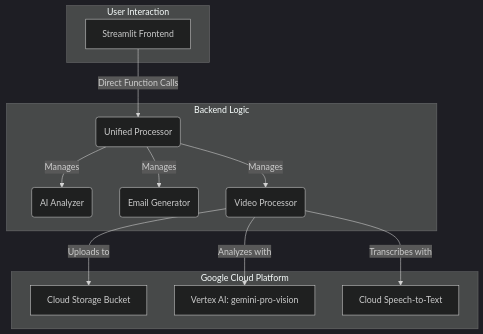
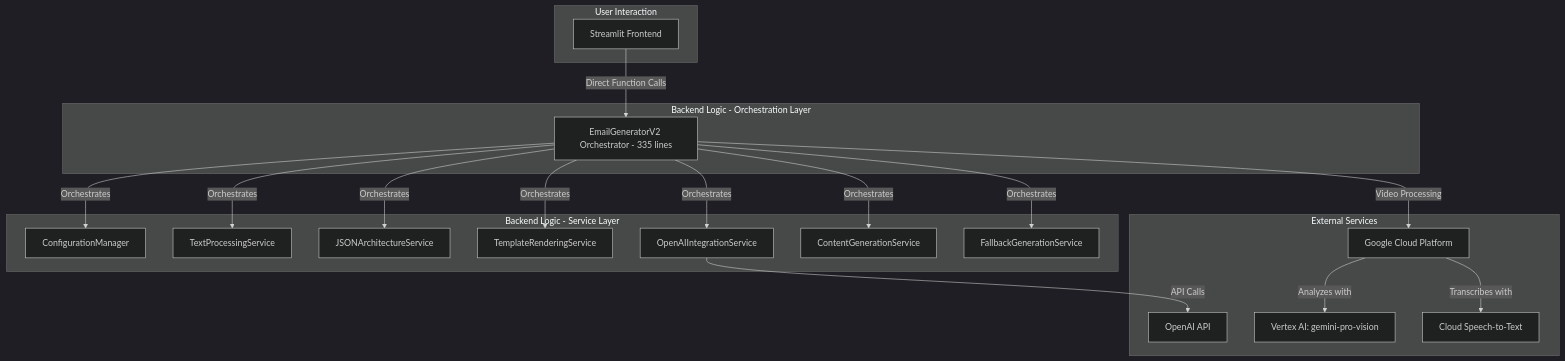
Before and after one commit to wisdom1456/Finding_Email: the diagram in memory-bank/systemPatterns.md, drawn with Mermaid (dark theme). The commit also changed other lines of this file and 38 other files, not shown here.

First line of the commit message:
Add normalization analysis and testing framework for email generation system

````diff
--- a/memory-bank/systemPatterns.md
+++ b/memory-bank/systemPatterns.md
@@ -11,27 +11,40 @@
 ```mermaid
 graph TD
     subgraph "User Interaction"
         A[Streamlit Frontend]
     end
 
-    subgraph "Backend Logic"
-        B(Unified Processor)
-        C(AI Analyzer)
-        D(Email Generator)
-        E(Video Processor)
+    subgraph "Backend Logic - Orchestration Layer"
+        B[EmailGeneratorV2 Orchestrator - 335 lines]
     end
 
-    subgraph "Google Cloud Platform"
-        F[Cloud Storage Bucket]
-        G[Vertex AI: gemini-pro-vision]
-        H[Cloud Speech-to-Text]
+    subgraph "Backend Logic - Service Layer"
+        C[ConfigurationManager]
+        D[TextProcessingService]
+        E[JSONArchitectureService]
+        F[TemplateRenderingService]
+        G[OpenAIIntegrationService]
+        H[ContentGenerationService]
+        I[FallbackGenerationService]
+    end
+
+    subgraph "External Services"
+        J[OpenAI API]
+        K[Google Cloud Platform]
+        L[Vertex AI: gemini-pro-vision]
+        M[Cloud Speech-to-Text]
     end
     
-    A -- Direct Function Calls --> B;
-    B -- Manages --> C;
-    B -- Manages --> D;
-    B -- Manages --> E;
-    E -- Uploads to --> F;
-    E -- Analyzes with --> G;
-    E -- Transcribes with --> H;
+    A -- Direct Function Calls --> B
+    B -- Orchestrates --> C
+    B -- Orchestrates --> D
+    B -- Orchestrates --> E
+    B -- Orchestrates --> F
+    B -- Orchestrates --> G
+    B -- Orchestrates --> H
+    B -- Orchestrates --> I
+    G -- API Calls --> J
+    B -- Video Processing --> K
+    K -- Analyzes with --> L
+    K -- Transcribes with --> M
 ```
````
